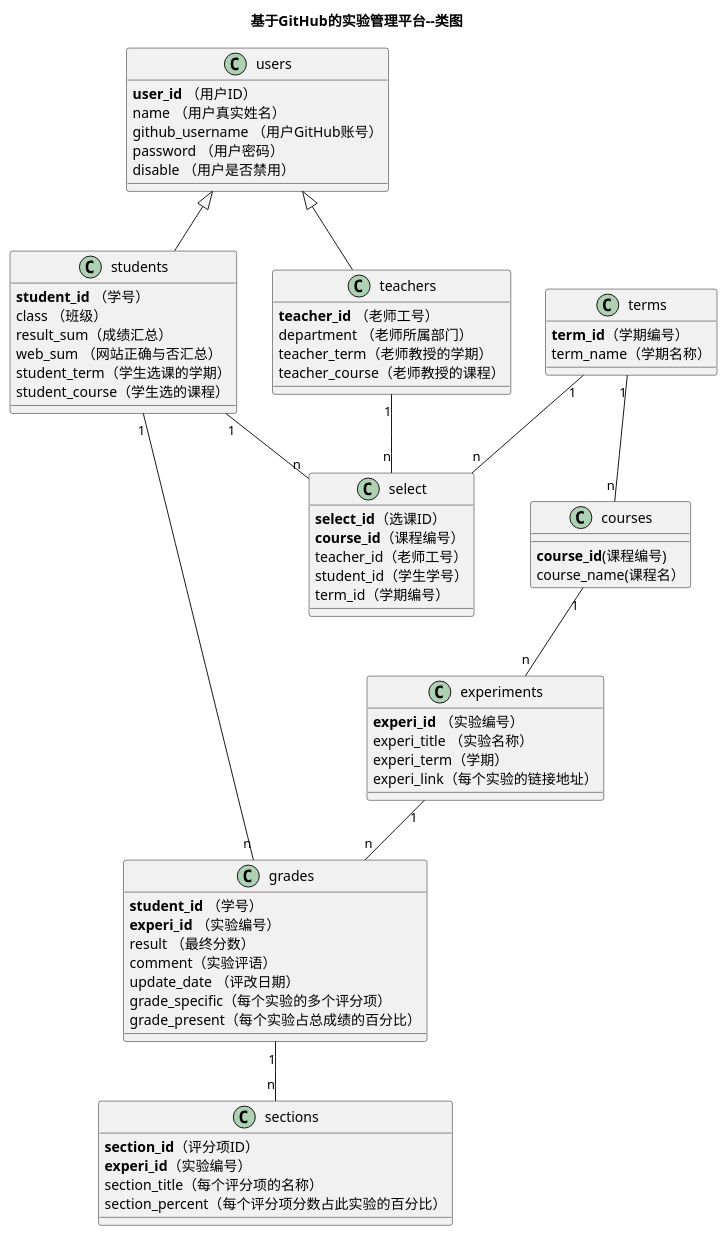
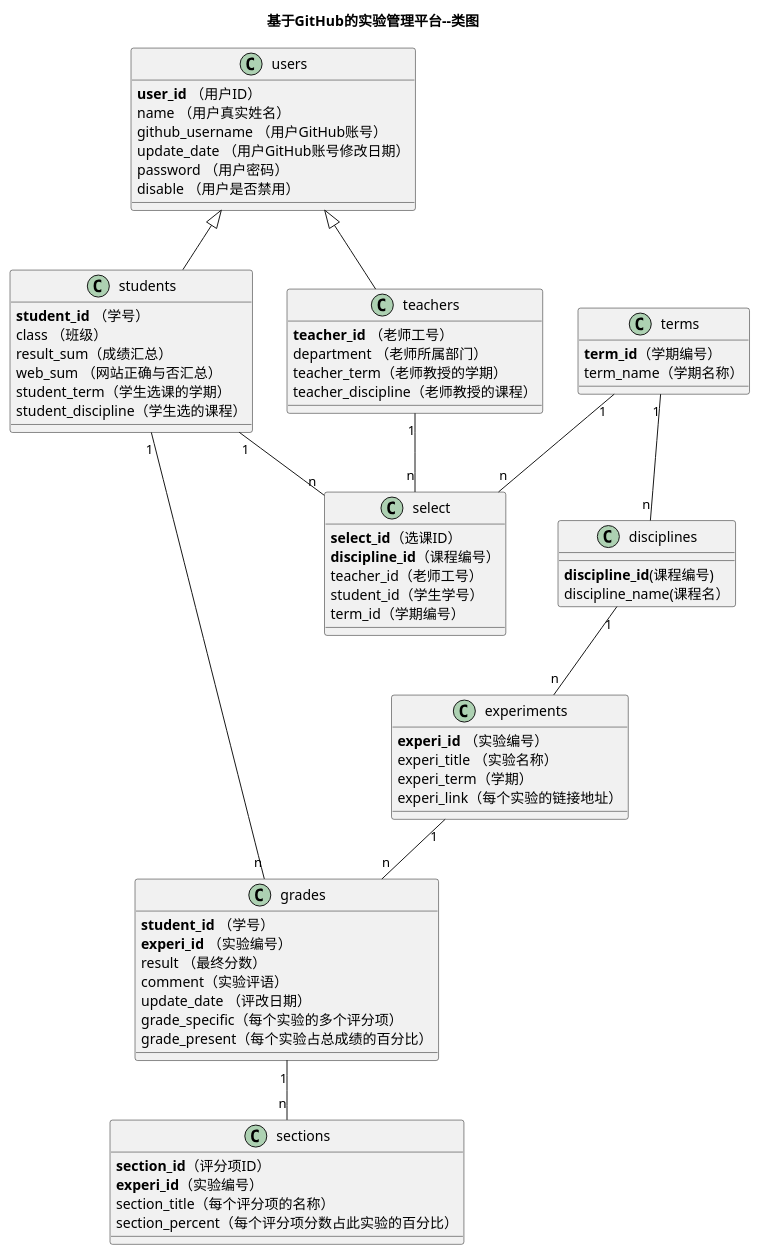
Before and after one commit to MinuteLight/is_analysis: the diagram in test6/src/class.puml, drawn with PlantUML. The commit also changed 13 other files, not shown here.

```diff
--- a/test6/src/class.puml
+++ b/test6/src/class.puml
@@ -1,80 +1,81 @@
 @startuml
 title 基于GitHub的实验管理平台--类图
 class users {
     <b>user_id</b> （用户ID）
     name （用户真实姓名）
     github_username （用户GitHub账号）
+    update_date （用户GitHub账号修改日期）
     password （用户密码）
     disable （用户是否禁用）
 }
 
 
 class teachers{
     <b>teacher_id</b> （老师工号）
     department （老师所属部门）
     teacher_term（老师教授的学期）
-    teacher_course（老师教授的课程）
+    teacher_discipline（老师教授的课程）
 }
 class students{
     <b>student_id</b> （学号）
     class （班级）
     result_sum（成绩汇总）
     web_sum （网站正确与否汇总）
     student_term（学生选课的学期）
-    student_course（学生选的课程）
+    student_discipline（学生选的课程）
 }
 
 users <|- students
 users <|-- teachers
 
 class grades {
     <b>student_id</b> （学号）
     <b>experi_id</b> （实验编号）
     result （最终分数）
     comment（实验评语）
     update_date （评改日期）
     grade_specific（每个实验的多个评分项）
     grade_present（每个实验占总成绩的百分比）
 }
 
 class experiments {
     <b>experi_id</b> （实验编号）
     experi_title （实验名称）
     experi_term（学期）
     experi_link（每个实验的链接地址）
 }
 
 class terms{
     <b>term_id</b>（学期编号）
     term_name（学期名称）
 }
 
-class courses{
-    <b>course_id</b>(课程编号)
-    course_name(课程名）
+class disciplines{
+    <b>discipline_id</b>(课程编号)
+    discipline_name(课程名）
 }
 
 class select{
     <b>select_id</b>（选课ID）
-    <b>course_id</b>（课程编号）
+    <b>discipline_id</b>（课程编号）
     teacher_id（老师工号）
     student_id（学生学号）
     term_id（学期编号）
 }
 class sections{
     <b>section_id</b>（评分项ID）
     <b>experi_id</b>（实验编号）
     section_title（每个评分项的名称）
     section_percent（每个评分项分数占此实验的百分比）
 }
 
 grades "1" -- "n" sections
 students "1" -- "n"  grades
 experiments "1" -- "n"  grades
 teachers "1" -- "n"  select
 students "1" -- "n"  select
-terms "1" -- "n"  courses
-courses "1" -- "n" experiments
+terms "1" -- "n"  disciplines
+disciplines "1" -- "n" experiments
 terms "1" -- "n"  select
 
 @enduml
```
